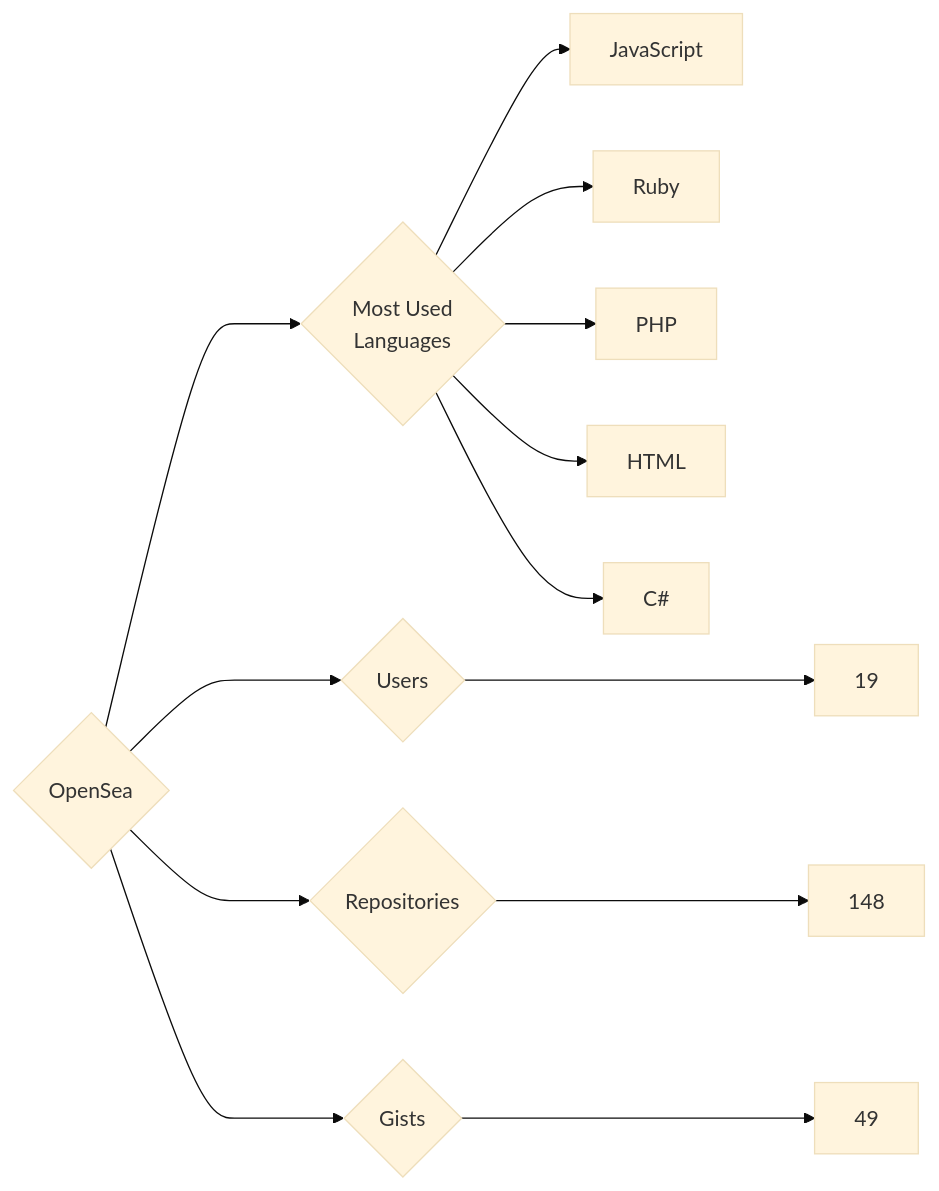
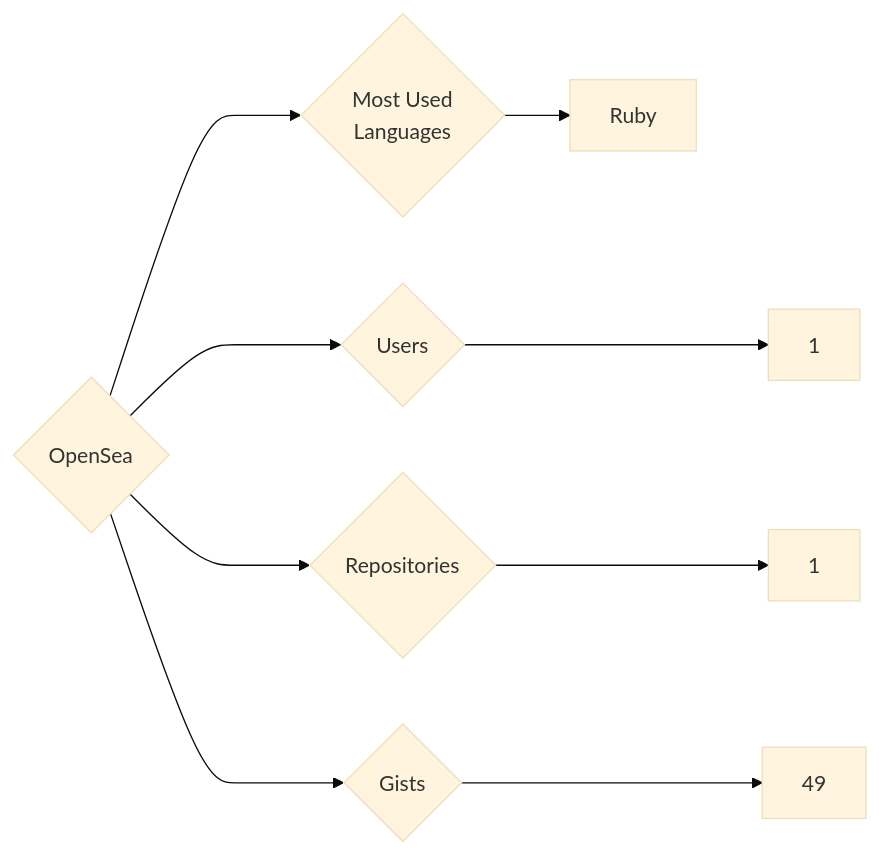
Before and after one commit to trickest/insiders: the diagram in targets/OpenSea/README.md, drawn with Mermaid (base theme). The commit also changed 877 other files, not shown here.

````diff
--- a/targets/OpenSea/README.md
+++ b/targets/OpenSea/README.md
@@ -3,13 +3,9 @@
 ```mermaid
 graph LR
 COMPANY_NAME{OpenSea}
-COMPANY_NAME ---> U{Users} ---> UN[19]
-COMPANY_NAME ---> R{Repositories} ---> RN[148]
+COMPANY_NAME ---> U{Users} ---> UN[1]
+COMPANY_NAME ---> R{Repositories} ---> RN[1]
 COMPANY_NAME ---> G{Gists} ---> GN[49]
 COMPANY_NAME ---> ML{Most Used<br>Languages}
-ML --> JavaScript[JavaScript]
 ML --> Ruby[Ruby]
-ML --> PHP[PHP]
-ML --> HTML[HTML]
-ML --> C#[C#]
 ```
````
